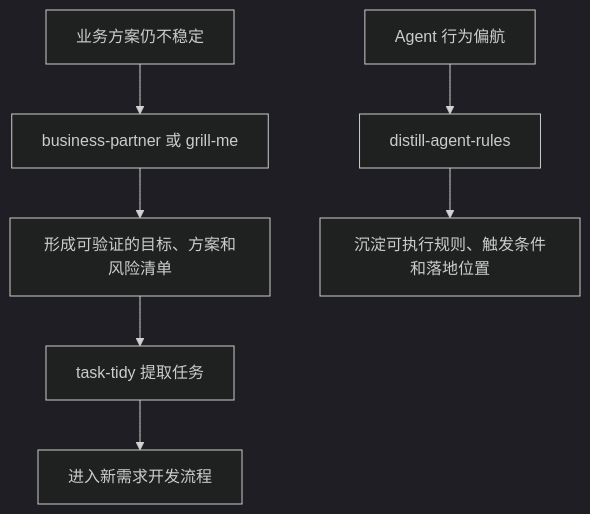
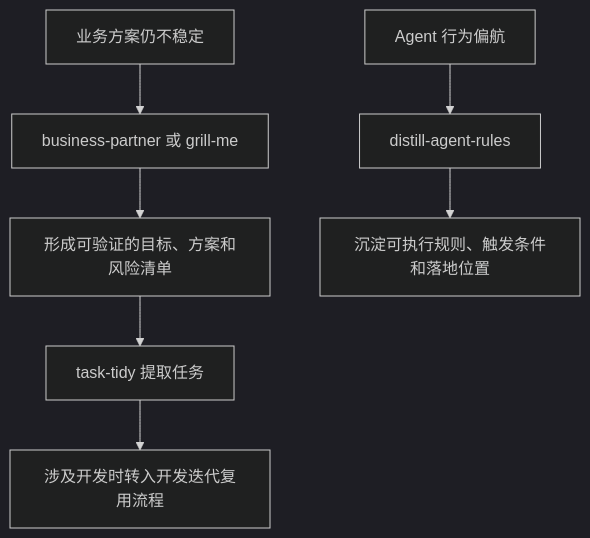
The fifth of 5 diagrams in README.md (derekhu0002/Argo), drawn with Mermaid (dark theme) before and after one commit. The commit also changed other lines of this file, not shown here.

````diff
--- a/README.md
+++ b/README.md
@@ -154,10 +156,10 @@
 ```mermaid
 flowchart TD
     A[业务方案仍不稳定] --> B[business-partner 或 grill-me]
     B --> C[形成可验证的目标、方案和风险清单]
     C --> D[task-tidy 提取任务]
-    D --> E[进入新需求开发流程]
+    D --> E[涉及开发时转入开发迭代复用流程]
 
     K[Agent 行为偏航] --> L[distill-agent-rules]
     L --> M[沉淀可执行规则、触发条件和落地位置]
 ```
````
